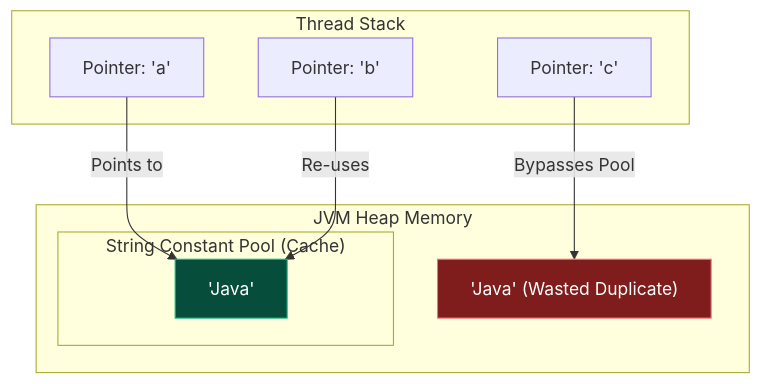
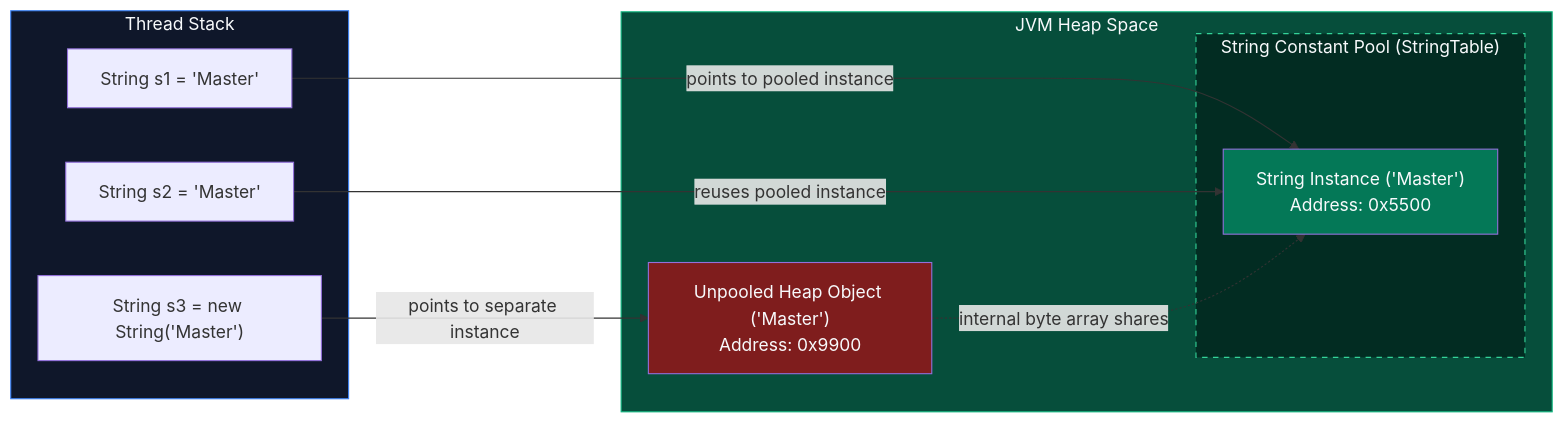
Before and after one commit to ravishankar2463/java_hub: the second of 2 diagrams in content/roadmap/level-2/the-string-constant-pool-stringbuilders.md, drawn with Mermaid. The commit also changed other lines of this file, not shown here.

Commit message:
docs(level-2): rewrite string constant pool and stringbuilders with human-first voice

````diff
--- a/content/roadmap/level-2/the-string-constant-pool-stringbuilders.md
+++ b/content/roadmap/level-2/the-string-constant-pool-stringbuilders.md
@@ -54,24 +65,26 @@
 ```mermaid
-flowchart TD
-    subgraph "Thread Stack"
-        RefA["Pointer: 'a'"]
-        RefB["Pointer: 'b'"]
-        RefC["Pointer: 'c'"]
+flowchart LR
+    subgraph Stack ["Thread Stack"]
+        RefA["String s1 = 'Master'"]
+        RefB["String s2 = 'Master'"]
+        RefC["String s3 = new String('Master')"]
     end
 
-    subgraph "JVM Heap Memory"
-        subgraph "String Constant Pool (Cache)"
-            StrPool["'Java'"]
+    subgraph Heap ["JVM Heap Space"]
+        subgraph Pool ["String Constant Pool (StringTable)"]
+            Shared["String Instance ('Master')<br/>Address: 0x5500"]
         end
-        
-        StrHeap["'Java' (Wasted Duplicate)"]
+        Wasted["Unpooled Heap Object ('Master')<br/>Address: 0x9900"]
     end
 
-    RefA -->|Points to| StrPool
-    RefB -->|Re-uses| StrPool
-    
-    RefC -->|Bypasses Pool| StrHeap
-    
-    style StrPool fill:#064e3b,stroke:#10b981,color:#fff
-    style StrHeap fill:#7f1d1d,stroke:#f87171,color:#fff
+    RefA -->|"points to pooled instance"| Shared
+    RefB -->|"reuses pooled instance"| Shared
+    RefC -->|"points to separate instance"| Wasted
+    Wasted -.->|"internal byte array shares"| Shared
+
+    style Stack fill:#0f172a,stroke:#3b82f6,color:#f8fafc
+    style Heap fill:#064e3b,stroke:#10b981,color:#f8fafc
+    style Pool fill:#022c22,stroke:#34d399,stroke-dasharray: 5 5,color:#f8fafc
+    style Shared fill:#047857,color:#f8fafc
+    style Wasted fill:#7f1d1d,color:#f8fafc
 ```
````
